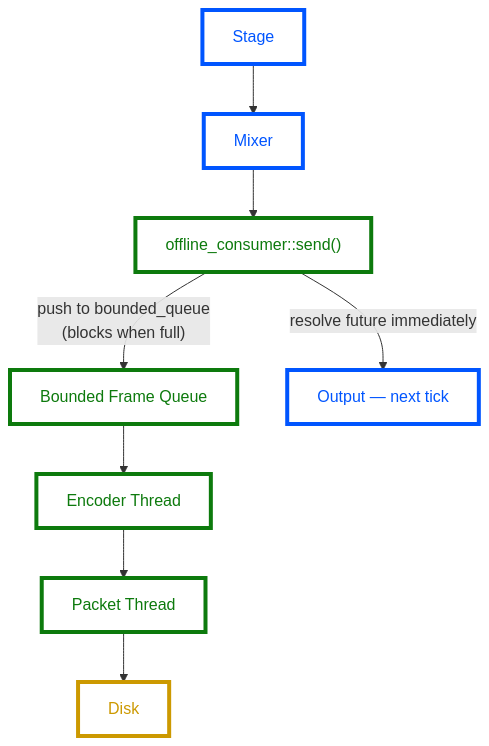
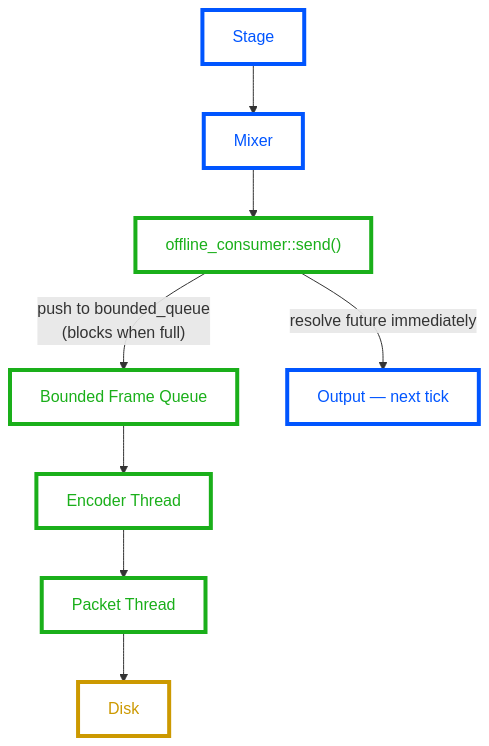
Before and after one commit to den-frie-vilje/casparCG: the eighth of 10 diagrams in docs/architecture.md, drawn with Mermaid. The commit also changed other lines of this file, not shown here.

Commit message:
docs: style all sequence diagrams and OpenGL diagram

````diff
--- a/docs/architecture.md
+++ b/docs/architecture.md
@@ -616,14 +624,14 @@
 ```mermaid
 flowchart TB
     classDef coreNode fill:#FFF,color:#0055FF,stroke:#0055FF,stroke-width:4px
-    classDef moduleNode fill:#FFF,color:#0D7A0D,stroke:#0D7A0D,stroke-width:4px
+    classDef moduleNode fill:#FFF,color:#1AAF1A,stroke:#1AAF1A,stroke-width:4px
     classDef diskNode fill:#FFF,color:#CC9900,stroke:#CC9900,stroke-width:4px
 
     STAGE[Stage]:::coreNode --> MIXER[Mixer]:::coreNode
     MIXER --> SEND["offline_consumer::send()"]:::moduleNode
     SEND -->|"push to bounded_queue<br/>(blocks when full)"| Q[Bounded Frame Queue]:::moduleNode
     SEND -->|"resolve future immediately"| OUTPUT[Output — next tick]:::coreNode
     Q --> ENC[Encoder Thread]:::moduleNode
     ENC --> MUX[Packet Thread]:::moduleNode
     MUX --> DISK["Disk"]:::diskNode
 ```
````
